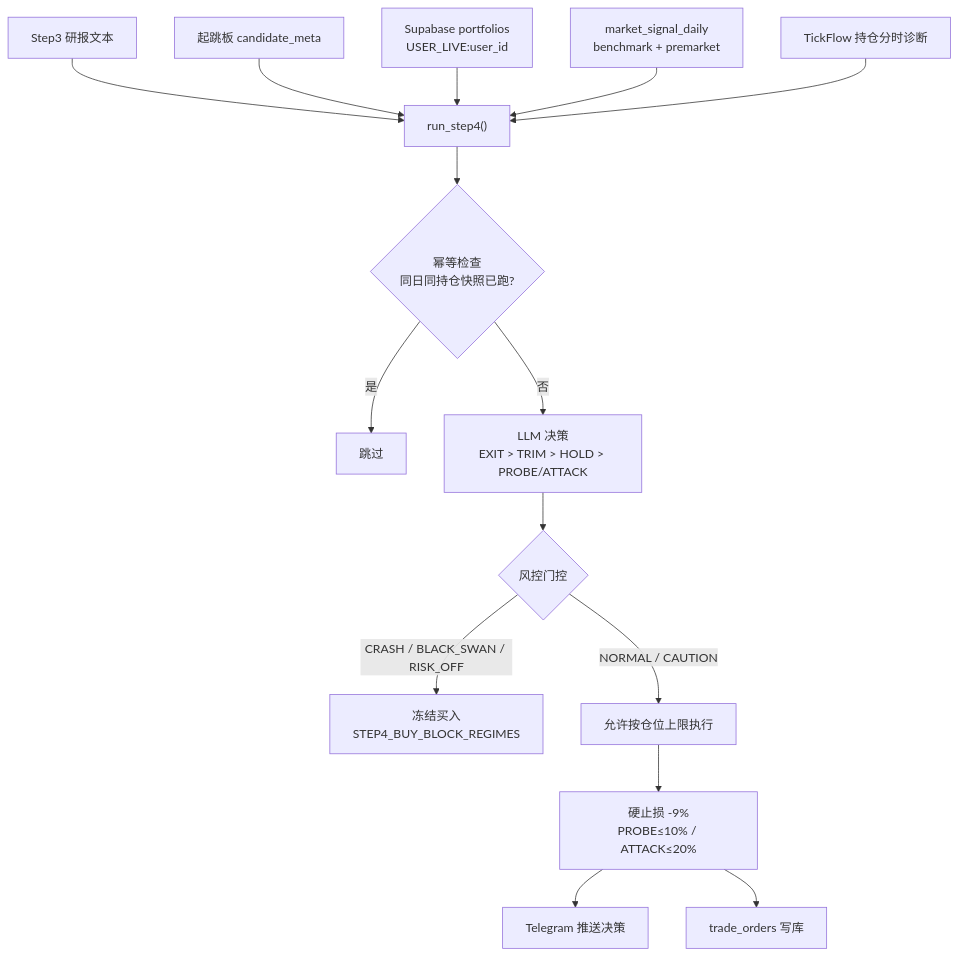
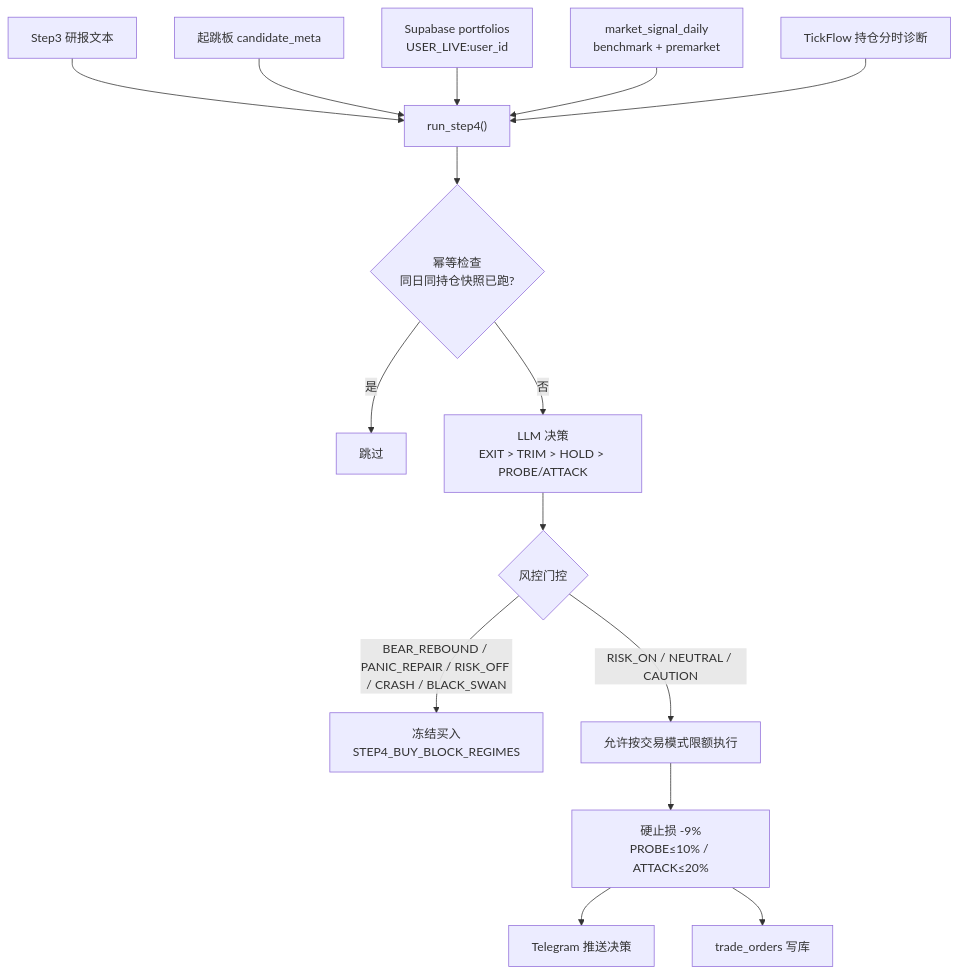
The fifth of 7 diagrams in docs/A_SHARE_FUNNEL_FLOW.md (niyoh120/Wyckoff-Analysis), drawn with Mermaid before and after one commit. The commit also changed other lines of this file and 21 other files, not shown here.

````diff
--- a/docs/A_SHARE_FUNNEL_FLOW.md
+++ b/docs/A_SHARE_FUNNEL_FLOW.md
@@ -235,20 +235,20 @@
 ```mermaid
 flowchart TD
     IN1["Step3 研报文本"] --> S4
     IN2["起跳板 candidate_meta"] --> S4
     IN3["Supabase portfolios<br/>USER_LIVE:user_id"] --> S4
     IN4["market_signal_daily<br/>benchmark + premarket"] --> S4
     IN5["TickFlow 持仓分时诊断"] --> S4
 
     S4["run_step4()"] --> IDEM{"幂等检查<br/>同日同持仓快照已跑?"}
     IDEM -->|是| SKIP["跳过"]
     IDEM -->|否| LLM["LLM 决策<br/>EXIT > TRIM > HOLD > PROBE/ATTACK"]
 
     LLM --> RISK{"风控门控"}
-    RISK -->|CRASH / BLACK_SWAN / RISK_OFF| BLOCK_BUY["冻结买入<br/>STEP4_BUY_BLOCK_REGIMES"]
-    RISK -->|NORMAL / CAUTION| ALLOW["允许按仓位上限执行"]
+    RISK -->|BEAR_REBOUND / PANIC_REPAIR / RISK_OFF / CRASH / BLACK_SWAN| BLOCK_BUY["冻结买入<br/>STEP4_BUY_BLOCK_REGIMES"]
+    RISK -->|RISK_ON / NEUTRAL / CAUTION| ALLOW["允许按交易模式限额执行"]
 
     ALLOW --> OMS["硬止损 -9%<br/>PROBE≤10% / ATTACK≤20%"]
     OMS --> TG["Telegram 推送决策"]
     OMS --> DB["trade_orders 写库"]
 ```
````
